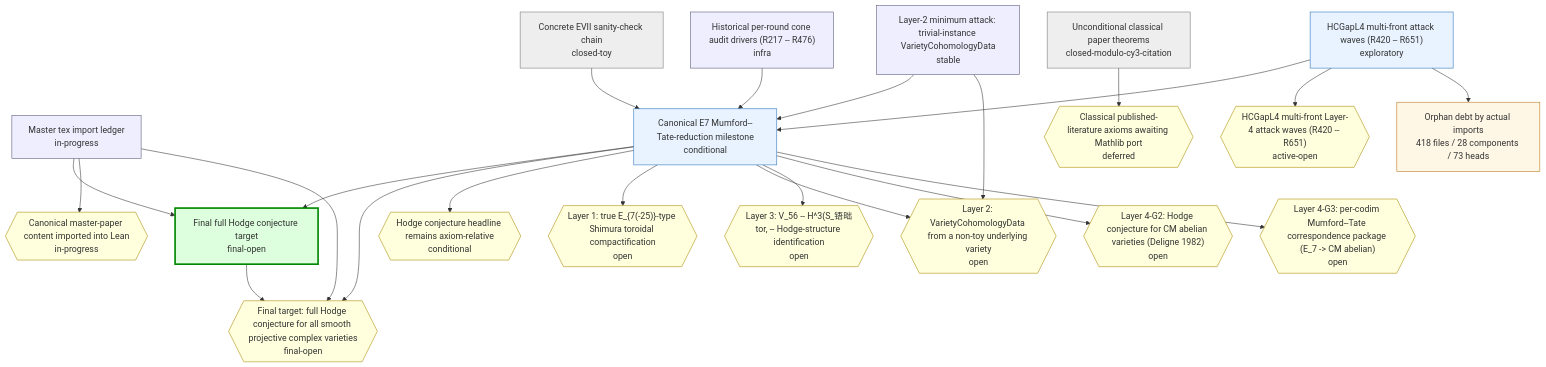
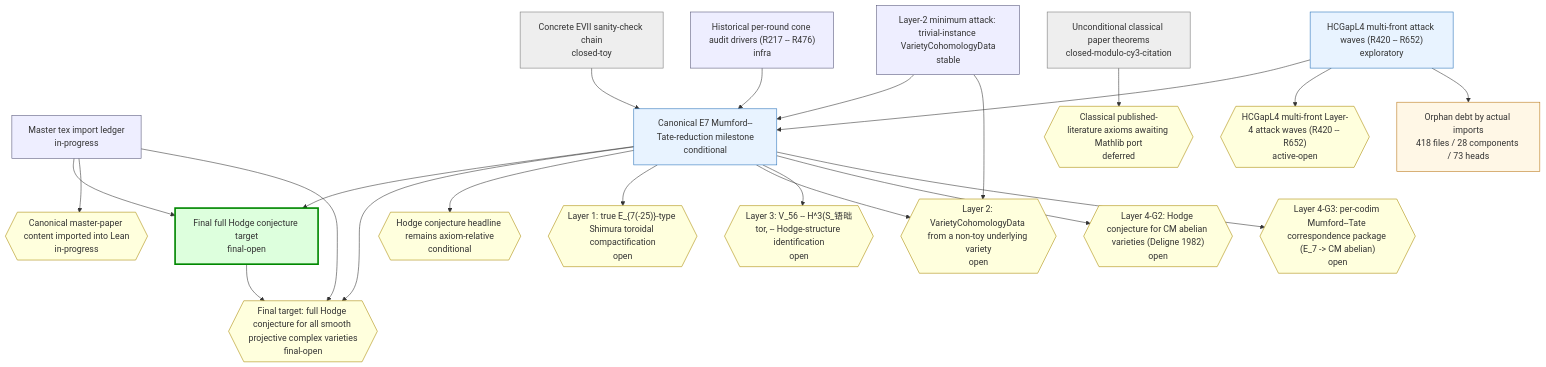
Before and after one commit to crabsatellite/hodge-conjecture-lean4-formalization: the first of 2 diagrams in chain-status/research-map.md, drawn with Mermaid. The commit also changed other lines of this file and 8 other files, not shown here.

````diff
--- a/chain-status/research-map.md
+++ b/chain-status/research-map.md
@@ -46,54 +46,54 @@
 ```mermaid
 graph TD
   classDef main fill:#dfd,stroke:#080,stroke-width:3px
   classDef active fill:#e8f3ff,stroke:#2670b8
   classDef support fill:#eef,stroke:#557
   classDef closed fill:#eee,stroke:#777
   classDef dead fill:#fdd,stroke:#a00,stroke-width:2px
   classDef gapOpen fill:#ffd,stroke:#a80
   classDef gapClosed fill:#eee,stroke:#777
   classDef gapDead fill:#fdd,stroke:#a00
   classDef debt fill:#fff7e6,stroke:#b87514
   classDef debtTaxonomy fill:#e8f3ff,stroke:#2670b8,stroke-dasharray:3 3
   classDef debtRule fill:#eefbea,stroke:#398439,stroke-dasharray:3 3
   classDef debtDead fill:#fdd,stroke:#a00,stroke-dasharray:3 3
   chain_full_hc_final_target["Final full Hodge conjecture target\nfinal-open"]:::main
   chain_master_paper_import_ledger["Master tex import ledger\nin-progress"]:::support
   chain_main_hc_axiom_relative["Canonical E7 Mumford--Tate-reduction milestone\nconditional"]:::active
   chain_unconditional_classical["Unconditional classical paper theorems\nclosed-modulo-cy3-citation"]:::closed
   chain_hcgap_l2_trivial_instances["Layer-2 minimum attack: trivial-instance VarietyCohomologyData\nstable"]:::support
-  chain_hcgap_l4_multifront_active["HCGapL4 multi-front attack waves (R420 -- R651)\nexploratory"]:::active
+  chain_hcgap_l4_multifront_active["HCGapL4 multi-front attack waves (R420 -- R652)\nexploratory"]:::active
   chain_concrete_evii_toy["Concrete EVII sanity-check chain\nclosed-toy"]:::closed
   chain_historical_cone_audits["Historical per-round cone audit drivers (R217 -- R476)\ninfra"]:::support
   gap_G_full_hc{{"Final target: full Hodge conjecture for all smooth projective complex varieties\nfinal-open"}}:::gapOpen
   gap_G_master_paper_import{{"Canonical master-paper content imported into Lean\nin-progress"}}:::gapOpen
   gap_G_main_hc{{"Hodge conjecture headline remains axiom-relative\nconditional"}}:::gapOpen
   gap_G_l1_e7_shimura_tor{{"Layer 1: true E_{7(-25)}-type Shimura toroidal compactification\nopen"}}:::gapOpen
   gap_G_l2_cohomology_construction{{"Layer 2: VarietyCohomologyData from a non-toy underlying variety\nopen"}}:::gapOpen
   gap_G_l3_v56_mt_identification{{"Layer 3: V_56 -- H^3(S_铻昢tor, -- Hodge-structure identification\nopen"}}:::gapOpen
   gap_G_l4_cm_abelian_hc{{"Layer 4-G2: Hodge conjecture for CM abelian varieties (Deligne 1982)\nopen"}}:::gapOpen
   gap_G_l4_mt_correspondence{{"Layer 4-G3: per-codim Mumford--Tate correspondence package (E_7 -> CM abelian)\nopen"}}:::gapOpen
   gap_G_classical_mathlib_port{{"Classical published-literature axioms awaiting Mathlib port\ndeferred"}}:::gapOpen
-  gap_G_hcgap_l4_multifront{{"HCGapL4 multi-front Layer-4 attack waves (R420 -- R651)\nactive-open"}}:::gapOpen
+  gap_G_hcgap_l4_multifront{{"HCGapL4 multi-front Layer-4 attack waves (R420 -- R652)\nactive-open"}}:::gapOpen
   chain_full_hc_final_target --> gap_G_full_hc
   chain_master_paper_import_ledger --> chain_full_hc_final_target
   chain_master_paper_import_ledger --> gap_G_master_paper_import
   chain_master_paper_import_ledger --> gap_G_full_hc
   chain_main_hc_axiom_relative --> chain_full_hc_final_target
   chain_main_hc_axiom_relative --> gap_G_full_hc
   chain_main_hc_axiom_relative --> gap_G_main_hc
   chain_main_hc_axiom_relative --> gap_G_l1_e7_shimura_tor
   chain_main_hc_axiom_relative --> gap_G_l2_cohomology_construction
   chain_main_hc_axiom_relative --> gap_G_l3_v56_mt_identification
   chain_main_hc_axiom_relative --> gap_G_l4_cm_abelian_hc
   chain_main_hc_axiom_relative --> gap_G_l4_mt_correspondence
   chain_unconditional_classical --> gap_G_classical_mathlib_port
   chain_hcgap_l2_trivial_instances --> chain_main_hc_axiom_relative
   chain_hcgap_l2_trivial_instances --> gap_G_l2_cohomology_construction
   chain_hcgap_l4_multifront_active --> chain_main_hc_axiom_relative
   chain_hcgap_l4_multifront_active --> gap_G_hcgap_l4_multifront
   chain_concrete_evii_toy --> chain_main_hc_axiom_relative
   chain_historical_cone_audits --> chain_main_hc_axiom_relative
   debt_all["Orphan debt by actual imports\n418 files / 28 components / 73 heads"]:::debt
   chain_hcgap_l4_multifront_active --> debt_all
 ```
````
